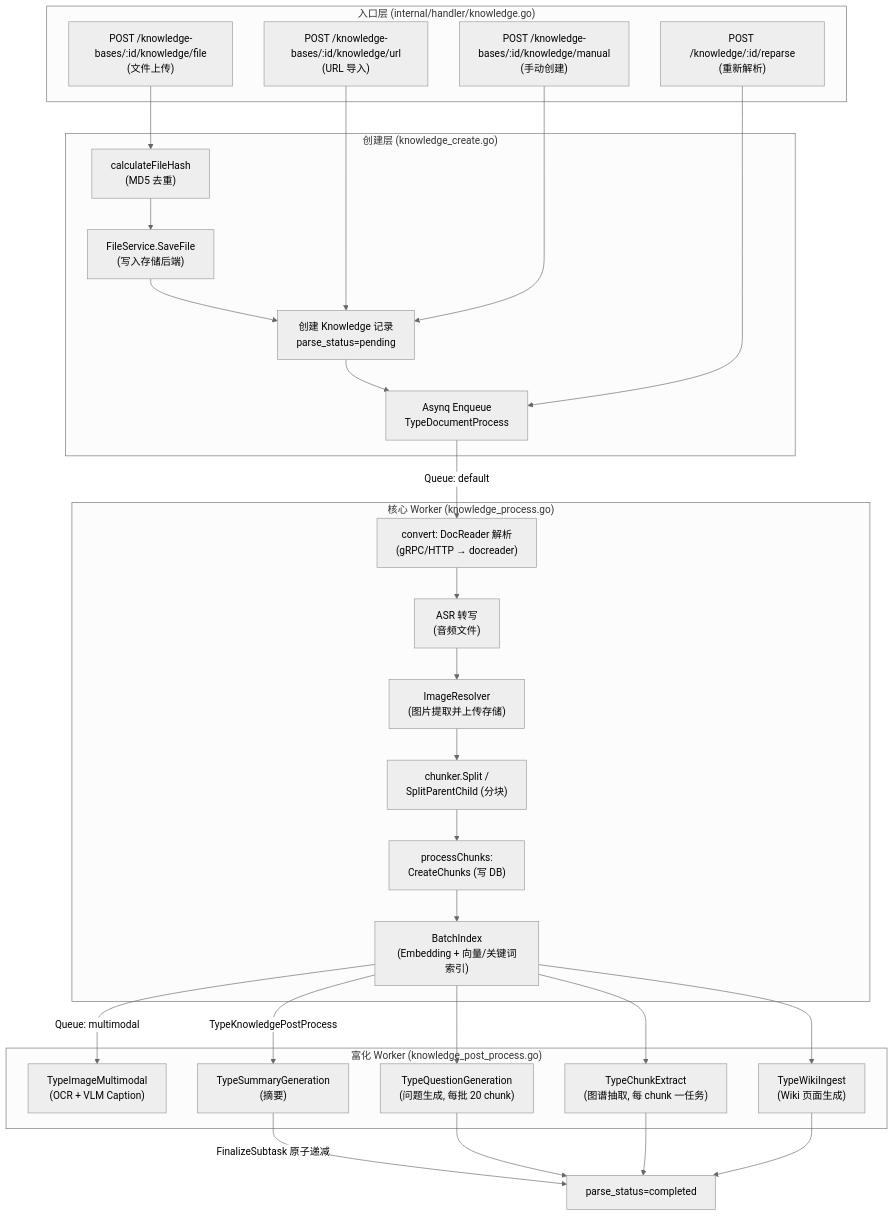
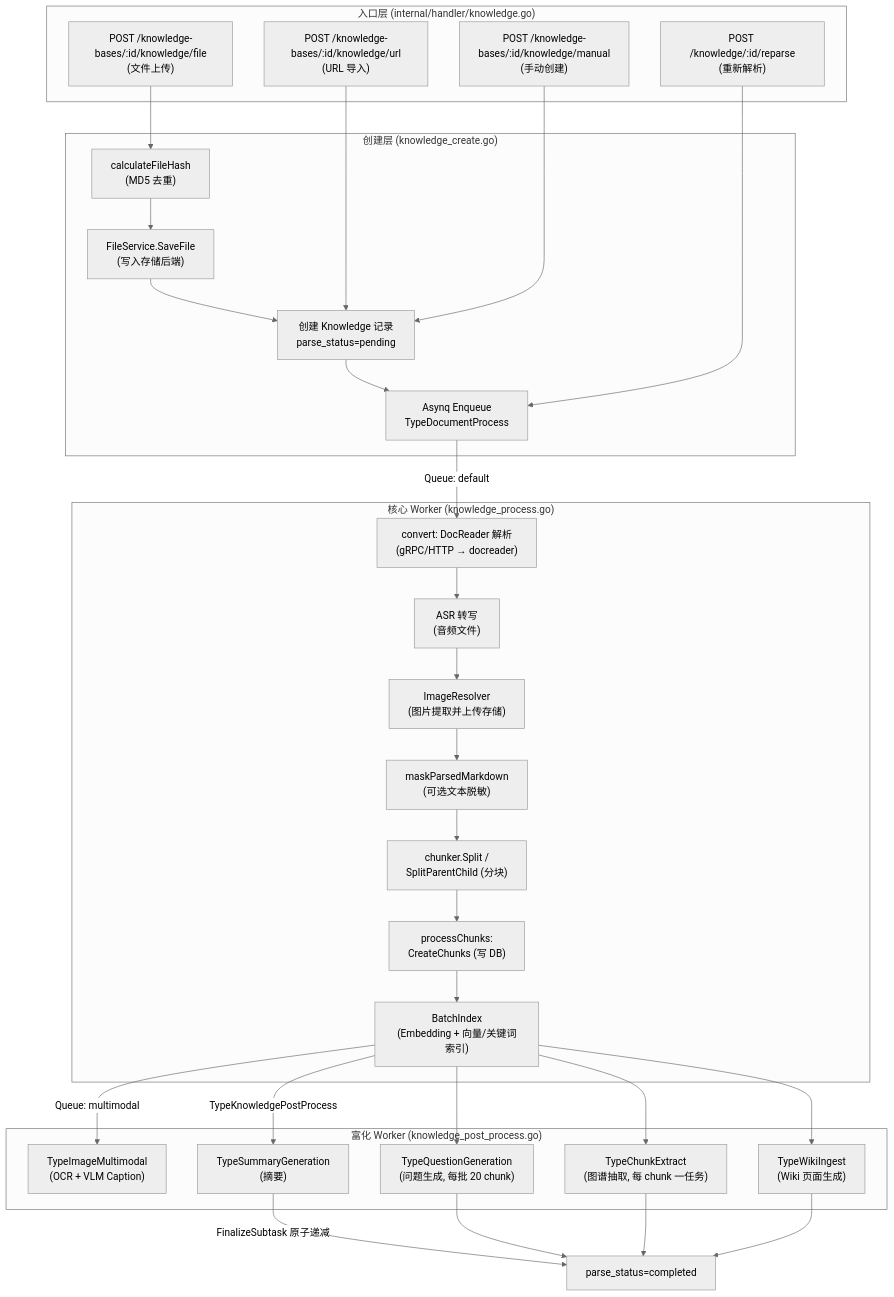
The first of 2 diagrams in website-docs/02-architecture/03-document-pipeline.md (Tencent/WeKnora), drawn with Mermaid (neutral theme) before and after one commit. The commit also changed other lines of this file and 45 other files, not shown here.

````diff
--- a/website-docs/02-architecture/03-document-pipeline.md
+++ b/website-docs/02-architecture/03-document-pipeline.md
@@ -9,49 +9,50 @@
 ```mermaid
 flowchart TD
     subgraph Entry["入口层 (internal/handler/knowledge.go)"]
         A1["POST /knowledge-bases/:id/knowledge/file<br/>(文件上传)"]
         A2["POST /knowledge-bases/:id/knowledge/url<br/>(URL 导入)"]
         A3["POST /knowledge-bases/:id/knowledge/manual<br/>(手动创建)"]
         A4["POST /knowledge/:id/reparse<br/>(重新解析)"]
     end
 
     subgraph Create["创建层 (knowledge_create.go)"]
         B1["calculateFileHash<br/>(MD5 去重)"]
         B2["FileService.SaveFile<br/>(写入存储后端)"]
         B3["创建 Knowledge 记录<br/>parse_status=pending"]
         B4["Asynq Enqueue<br/>TypeDocumentProcess"]
     end
 
     subgraph Worker["核心 Worker (knowledge_process.go)"]
         C1["convert: DocReader 解析<br/>(gRPC/HTTP → docreader)"]
         C1a["ASR 转写<br/>(音频文件)"]
         C2["ImageResolver<br/>(图片提取并上传存储)"]
+        C2a["maskParsedMarkdown<br/>(可选文本脱敏)"]
         C3["chunker.Split /<br/>SplitParentChild (分块)"]
         C4["processChunks:<br/>CreateChunks (写 DB)"]
         C5["BatchIndex<br/>(Embedding + 向量/关键词索引)"]
     end
 
     subgraph Enrich["富化 Worker (knowledge_post_process.go)"]
         D1["TypeImageMultimodal<br/>(OCR + VLM Caption)"]
         D2["TypeSummaryGeneration<br/>(摘要)"]
         D3["TypeQuestionGeneration<br/>(问题生成, 每批 20 chunk)"]
         D4["TypeChunkExtract<br/>(图谱抽取, 每 chunk 一任务)"]
         D5["TypeWikiIngest<br/>(Wiki 页面生成)"]
     end
 
     A1 --> B1 --> B2 --> B3 --> B4
     A2 --> B3
     A3 --> B3
     A4 --> B4
     B4 -->|"Queue: default"| C1
-    C1 --> C1a --> C2 --> C3 --> C4 --> C5
+    C1 --> C1a --> C2 --> C2a --> C3 --> C4 --> C5
     C5 -->|"Queue: multimodal"| D1
     C5 -->|"TypeKnowledgePostProcess"| D2
     C5 --> D3
     C5 --> D4
     C5 --> D5
     D2 -->|"FinalizeSubtask 原子递减"| E["parse_status=completed"]
     D3 --> E
     D4 --> E
     D5 --> E
 ```
````
